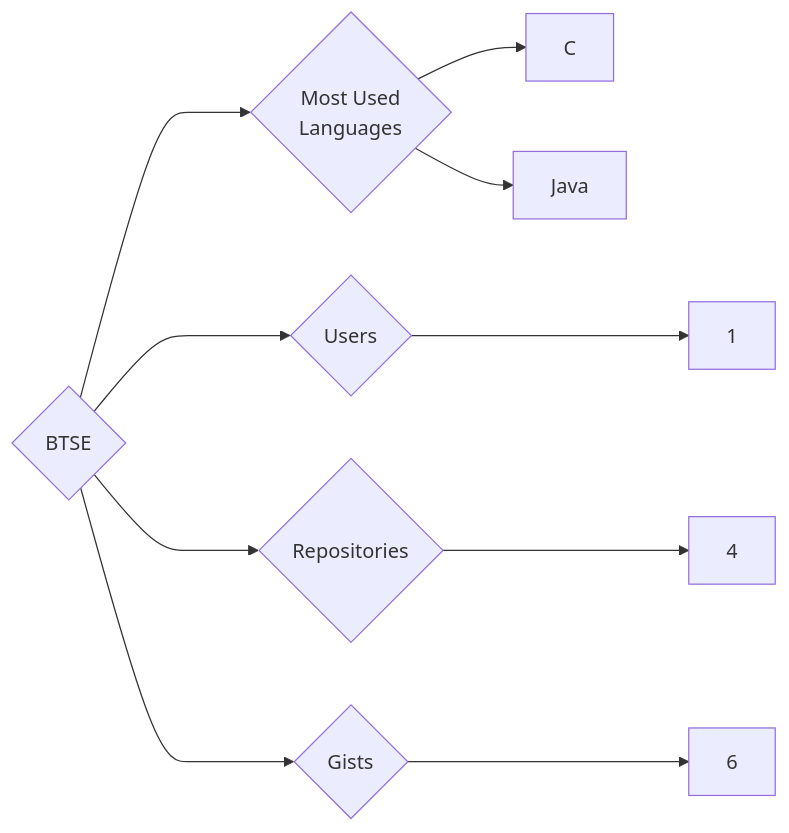
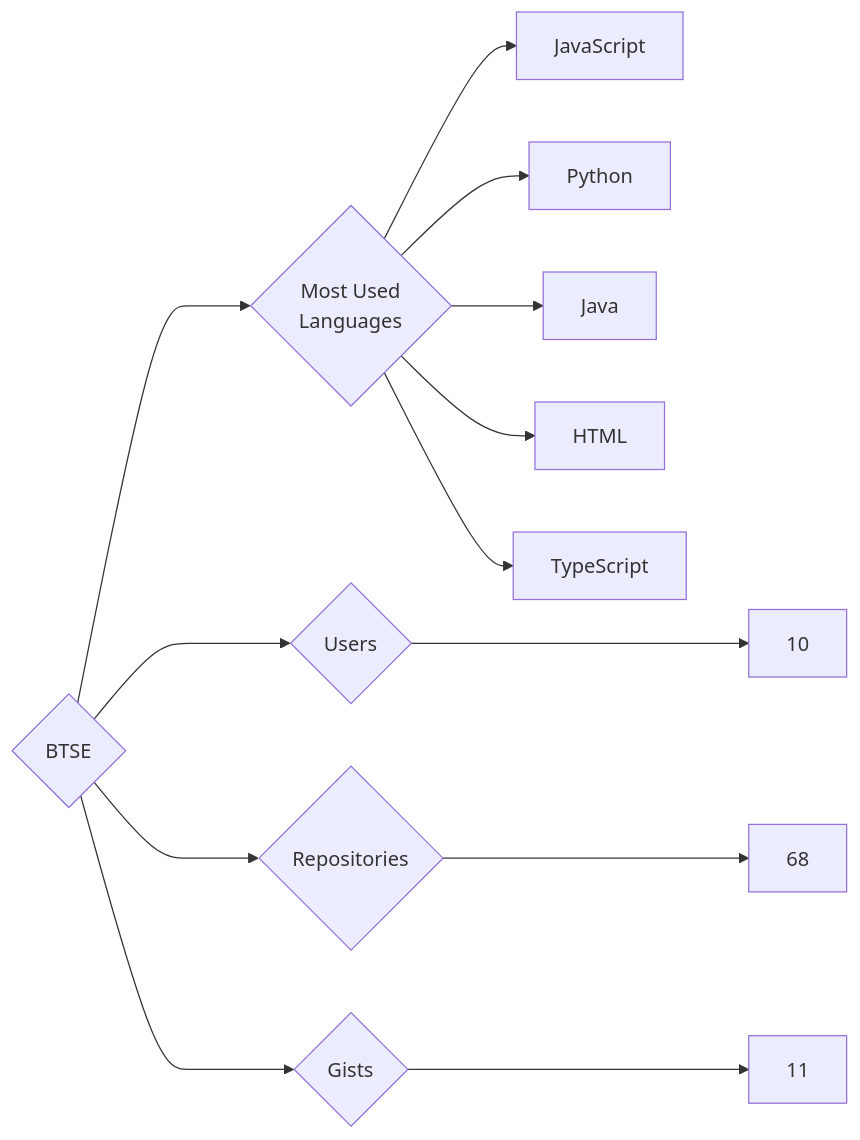
Before and after one commit to trickest/insiders: the diagram in targets/BTSE/README.md, drawn with Mermaid. The commit also changed 1078 other files, not shown here.

````diff
--- a/targets/BTSE/README.md
+++ b/targets/BTSE/README.md
@@ -3,10 +3,13 @@
 ```mermaid
 graph LR
 COMPANY_NAME{BTSE}
-COMPANY_NAME ---> U{Users} ---> UN[1]
-COMPANY_NAME ---> R{Repositories} ---> RN[4]
-COMPANY_NAME ---> G{Gists} ---> GN[6]
+COMPANY_NAME ---> U{Users} ---> UN[10]
+COMPANY_NAME ---> R{Repositories} ---> RN[68]
+COMPANY_NAME ---> G{Gists} ---> GN[11]
 COMPANY_NAME ---> ML{Most Used<br>Languages}
-ML --> C[C]
+ML --> JavaScript[JavaScript]
+ML --> Python[Python]
 ML --> Java[Java]
+ML --> HTML[HTML]
+ML --> TypeScript[TypeScript]
 ```
````
